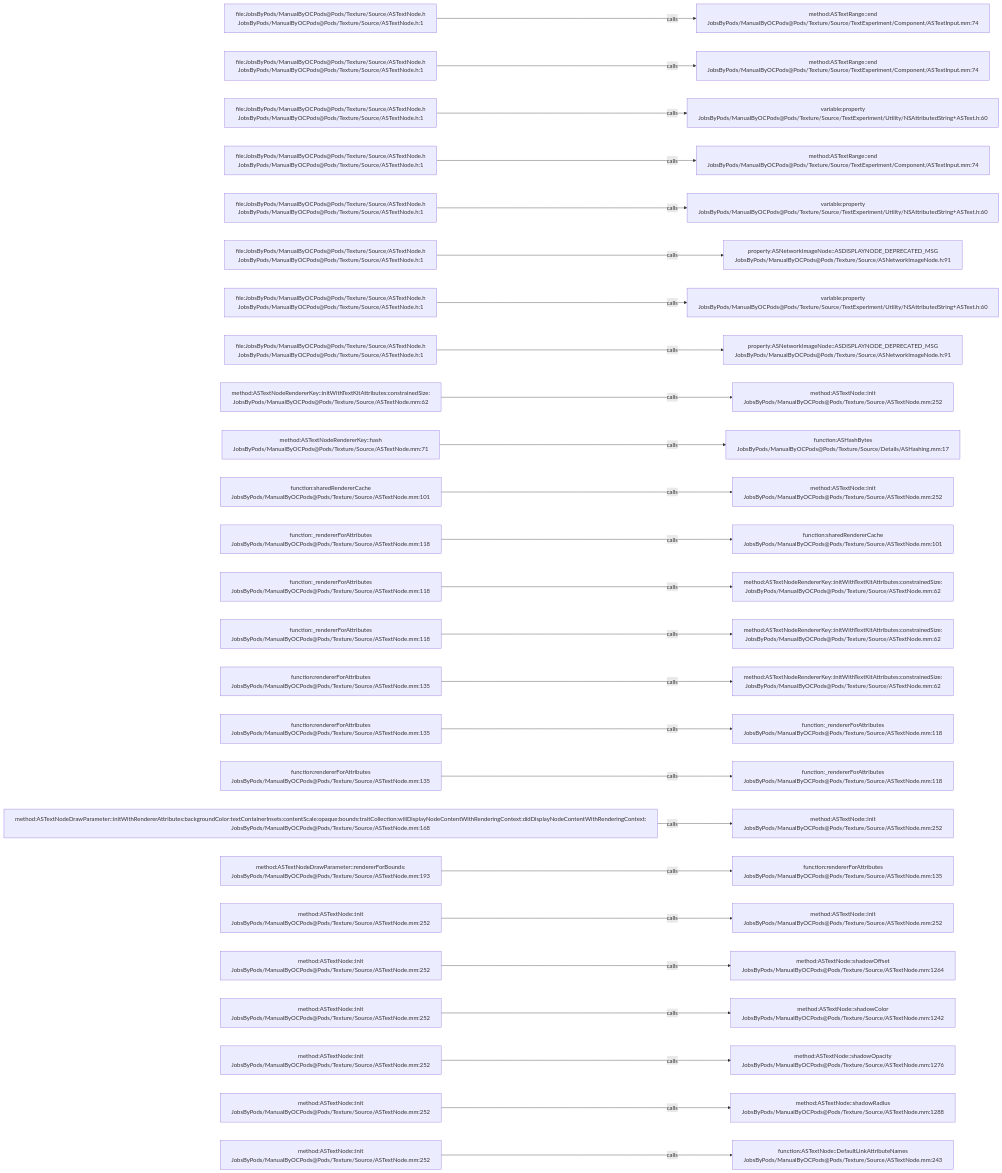
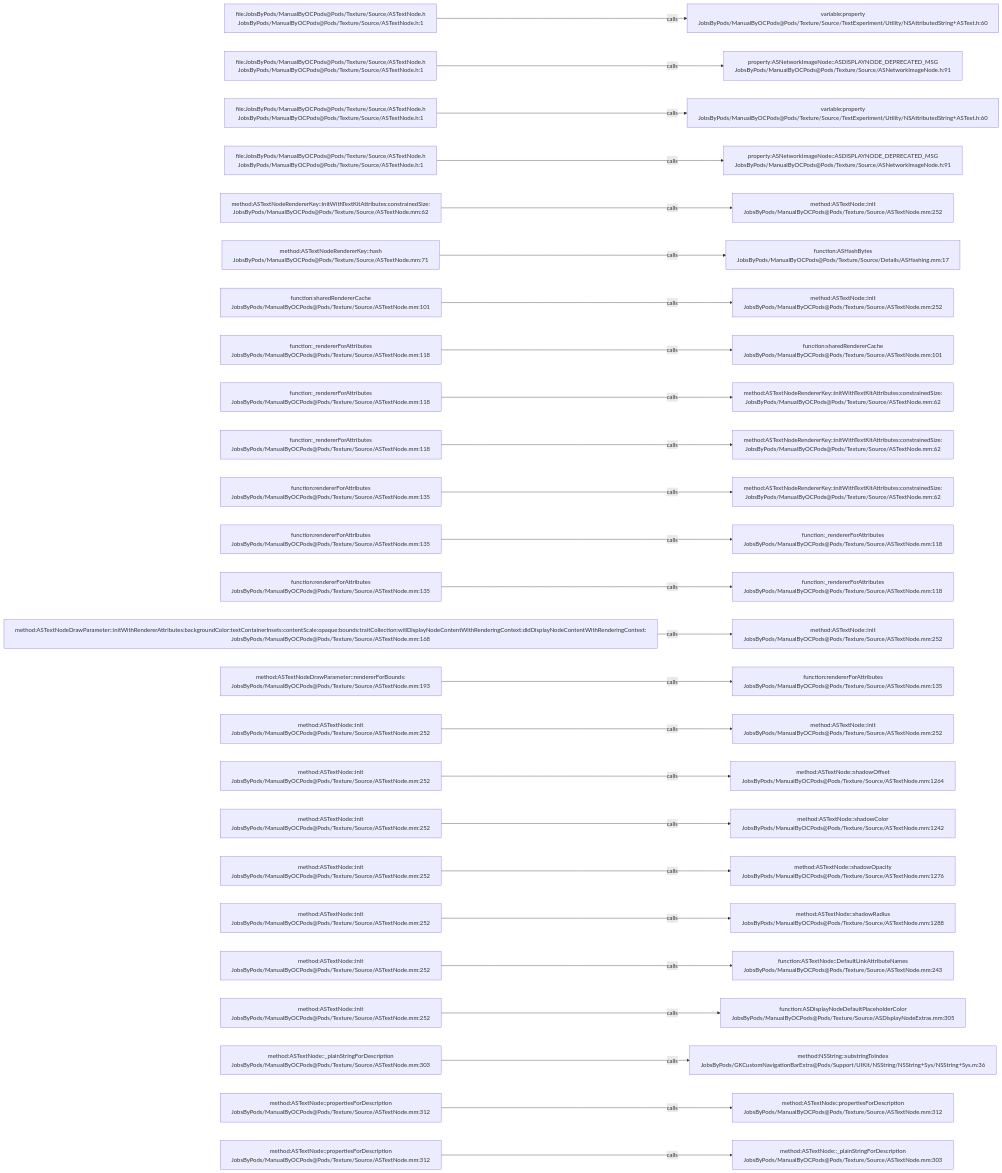
One commit to JobsKits/JobsOCBaseConfigDemo changed the diagram in .codegraph/codegraph.md/graphs/calls-131.md. Above: the diagram before and after it, drawn with Mermaid. The commit also changed 727 other files, not shown here.

````diff
--- a/.codegraph/codegraph.md/graphs/calls-131.md
+++ b/.codegraph/codegraph.md/graphs/calls-131.md
@@ -13,78 +13,78 @@
 ```mermaid
 flowchart LR
   S1["file:JobsByPods/ManualByOCPods@Pods/Texture/Source/ASTextNode.h<br/>JobsByPods/ManualByOCPods@Pods/Texture/Source/ASTextNode.h:1"]
-  T1["method:ASTextRange::end<br/>JobsByPods/ManualByOCPods@Pods/Texture/Source/TextExperiment/Component/ASTextInput.mm:74"]
+  T1["variable:property<br/>JobsByPods/ManualByOCPods@Pods/Texture/Source/TextExperiment/Utility/NSAttributedString+ASText.h:60"]
   S1 -->|calls| T1
   S2["file:JobsByPods/ManualByOCPods@Pods/Texture/Source/ASTextNode.h<br/>JobsByPods/ManualByOCPods@Pods/Texture/Source/ASTextNode.h:1"]
-  T2["method:ASTextRange::end<br/>JobsByPods/ManualByOCPods@Pods/Texture/Source/TextExperiment/Component/ASTextInput.mm:74"]
+  T2["property:ASNetworkImageNode::ASDISPLAYNODE_DEPRECATED_MSG<br/>JobsByPods/ManualByOCPods@Pods/Texture/Source/ASNetworkImageNode.h:91"]
   S2 -->|calls| T2
   S3["file:JobsByPods/ManualByOCPods@Pods/Texture/Source/ASTextNode.h<br/>JobsByPods/ManualByOCPods@Pods/Texture/Source/ASTextNode.h:1"]
   T3["variable:property<br/>JobsByPods/ManualByOCPods@Pods/Texture/Source/TextExperiment/Utility/NSAttributedString+ASText.h:60"]
   S3 -->|calls| T3
   S4["file:JobsByPods/ManualByOCPods@Pods/Texture/Source/ASTextNode.h<br/>JobsByPods/ManualByOCPods@Pods/Texture/Source/ASTextNode.h:1"]
-  T4["method:ASTextRange::end<br/>JobsByPods/ManualByOCPods@Pods/Texture/Source/TextExperiment/Component/ASTextInput.mm:74"]
+  T4["property:ASNetworkImageNode::ASDISPLAYNODE_DEPRECATED_MSG<br/>JobsByPods/ManualByOCPods@Pods/Texture/Source/ASNetworkImageNode.h:91"]
   S4 -->|calls| T4
-  S5["file:JobsByPods/ManualByOCPods@Pods/Texture/Source/ASTextNode.h<br/>JobsByPods/ManualByOCPods@Pods/Texture/Source/ASTextNode.h:1"]
-  T5["variable:property<br/>JobsByPods/ManualByOCPods@Pods/Texture/Source/TextExperiment/Utility/NSAttributedString+ASText.h:60"]
+  S5["method:ASTextNodeRendererKey::initWithTextKitAttributes:constrainedSize:<br/>JobsByPods/ManualByOCPods@Pods/Texture/Source/ASTextNode.mm:62"]
+  T5["method:ASTextNode::init<br/>JobsByPods/ManualByOCPods@Pods/Texture/Source/ASTextNode.mm:252"]
   S5 -->|calls| T5
-  S6["file:JobsByPods/ManualByOCPods@Pods/Texture/Source/ASTextNode.h<br/>JobsByPods/ManualByOCPods@Pods/Texture/Source/ASTextNode.h:1"]
-  T6["property:ASNetworkImageNode::ASDISPLAYNODE_DEPRECATED_MSG<br/>JobsByPods/ManualByOCPods@Pods/Texture/Source/ASNetworkImageNode.h:91"]
+  S6["method:ASTextNodeRendererKey::hash<br/>JobsByPods/ManualByOCPods@Pods/Texture/Source/ASTextNode.mm:71"]
+  T6["function:ASHashBytes<br/>JobsByPods/ManualByOCPods@Pods/Texture/Source/Details/ASHashing.mm:17"]
   S6 -->|calls| T6
-  S7["file:JobsByPods/ManualByOCPods@Pods/Texture/Source/ASTextNode.h<br/>JobsByPods/ManualByOCPods@Pods/Texture/Source/ASTextNode.h:1"]
-  T7["variable:property<br/>JobsByPods/ManualByOCPods@Pods/Texture/Source/TextExperiment/Utility/NSAttributedString+ASText.h:60"]
+  S7["function:sharedRendererCache<br/>JobsByPods/ManualByOCPods@Pods/Texture/Source/ASTextNode.mm:101"]
+  T7["method:ASTextNode::init<br/>JobsByPods/ManualByOCPods@Pods/Texture/Source/ASTextNode.mm:252"]
   S7 -->|calls| T7
-  S8["file:JobsByPods/ManualByOCPods@Pods/Texture/Source/ASTextNode.h<br/>JobsByPods/ManualByOCPods@Pods/Texture/Source/ASTextNode.h:1"]
-  T8["property:ASNetworkImageNode::ASDISPLAYNODE_DEPRECATED_MSG<br/>JobsByPods/ManualByOCPods@Pods/Texture/Source/ASNetworkImageNode.h:91"]
+  S8["function:_rendererForAttributes<br/>JobsByPods/ManualByOCPods@Pods/Texture/Source/ASTextNode.mm:118"]
+  T8["function:sharedRendererCache<br/>JobsByPods/ManualByOCPods@Pods/Texture/Source/ASTextNode.mm:101"]
   S8 -->|calls| T8
-  S9["method:ASTextNodeRendererKey::initWithTextKitAttributes:constrainedSize:<br/>JobsByPods/ManualByOCPods@Pods/Texture/Source/ASTextNode.mm:62"]
-  T9["method:ASTextNode::init<br/>JobsByPods/ManualByOCPods@Pods/Texture/Source/ASTextNode.mm:252"]
+  S9["function:_rendererForAttributes<br/>JobsByPods/ManualByOCPods@Pods/Texture/Source/ASTextNode.mm:118"]
+  T9["method:ASTextNodeRendererKey::initWithTextKitAttributes:constrainedSize:<br/>JobsByPods/ManualByOCPods@Pods/Texture/Source/ASTextNode.mm:62"]
   S9 -->|calls| T9
-  S10["method:ASTextNodeRendererKey::hash<br/>JobsByPods/ManualByOCPods@Pods/Texture/Source/ASTextNode.mm:71"]
-  T10["function:ASHashBytes<br/>JobsByPods/ManualByOCPods@Pods/Texture/Source/Details/ASHashing.mm:17"]
+  S10["function:_rendererForAttributes<br/>JobsByPods/ManualByOCPods@Pods/Texture/Source/ASTextNode.mm:118"]
+  T10["method:ASTextNodeRendererKey::initWithTextKitAttributes:constrainedSize:<br/>JobsByPods/ManualByOCPods@Pods/Texture/Source/ASTextNode.mm:62"]
   S10 -->|calls| T10
-  S11["function:sharedRendererCache<br/>JobsByPods/ManualByOCPods@Pods/Texture/Source/ASTextNode.mm:101"]
-  T11["method:ASTextNode::init<br/>JobsByPods/ManualByOCPods@Pods/Texture/Source/ASTextNode.mm:252"]
+  S11["function:rendererForAttributes<br/>JobsByPods/ManualByOCPods@Pods/Texture/Source/ASTextNode.mm:135"]
+  T11["method:ASTextNodeRendererKey::initWithTextKitAttributes:constrainedSize:<br/>JobsByPods/ManualByOCPods@Pods/Texture/Source/ASTextNode.mm:62"]
   S11 -->|calls| T11
-  S12["function:_rendererForAttributes<br/>JobsByPods/ManualByOCPods@Pods/Texture/Source/ASTextNode.mm:118"]
-  T12["function:sharedRendererCache<br/>JobsByPods/ManualByOCPods@Pods/Texture/Source/ASTextNode.mm:101"]
+  S12["function:rendererForAttributes<br/>JobsByPods/ManualByOCPods@Pods/Texture/Source/ASTextNode.mm:135"]
+  T12["function:_rendererForAttributes<br/>JobsByPods/ManualByOCPods@Pods/Texture/Source/ASTextNode.mm:118"]
   S12 -->|calls| T12
-  S13["function:_rendererForAttributes<br/>JobsByPods/ManualByOCPods@Pods/Texture/Source/ASTextNode.mm:118"]
-  T13["method:ASTextNodeRendererKey::initWithTextKitAttributes:constrainedSize:<br/>JobsByPods/ManualByOCPods@Pods/Texture/Source/ASTextNode.mm:62"]
+  S13["function:rendererForAttributes<br/>JobsByPods/ManualByOCPods@Pods/Texture/Source/ASTextNode.mm:135"]
+  T13["function:_rendererForAttributes<br/>JobsByPods/ManualByOCPods@Pods/Texture/Source/ASTextNode.mm:118"]
   S13 -->|calls| T13
-  S14["function:_rendererForAttributes<br/>JobsByPods/ManualByOCPods@Pods/Texture/Source/ASTextNode.mm:118"]
-  T14["method:ASTextNodeRendererKey::initWithTextKitAttributes:constrainedSize:<br/>JobsByPods/ManualByOCPods@Pods/Texture/Source/ASTextNode.mm:62"]
+  S14["method:ASTextNodeDrawParameter::initWithRendererAttributes:backgroundColor:textContainerInsets:contentScale:opaque:bounds:traitCollection:willDisplayNodeContentWithRenderingContext:didDisplayNodeContentWithRenderingContext:<br/>JobsByPods/ManualByOCPods@Pods/Texture/Source/ASTextNode.mm:168"]
+  T14["method:ASTextNode::init<br/>JobsByPods/ManualByOCPods@Pods/Texture/Source/ASTextNode.mm:252"]
   S14 -->|calls| T14
-  S15["function:rendererForAttributes<br/>JobsByPods/ManualByOCPods@Pods/Texture/Source/ASTextNode.mm:135"]
-  T15["method:ASTextNodeRendererKey::initWithTextKitAttributes:constrainedSize:<br/>JobsByPods/ManualByOCPods@Pods/Texture/Source/ASTextNode.mm:62"]
+  S15["method:ASTextNodeDrawParameter::rendererForBounds:<br/>JobsByPods/ManualByOCPods@Pods/Texture/Source/ASTextNode.mm:193"]
+  T15["function:rendererForAttributes<br/>JobsByPods/ManualByOCPods@Pods/Texture/Source/ASTextNode.mm:135"]
   S15 -->|calls| T15
-  S16["function:rendererForAttributes<br/>JobsByPods/ManualByOCPods@Pods/Texture/Source/ASTextNode.mm:135"]
-  T16["function:_rendererForAttributes<br/>JobsByPods/ManualByOCPods@Pods/Texture/Source/ASTextNode.mm:118"]
+  S16["method:ASTextNode::init<br/>JobsByPods/ManualByOCPods@Pods/Texture/Source/ASTextNode.mm:252"]
+  T16["method:ASTextNode::init<br/>JobsByPods/ManualByOCPods@Pods/Texture/Source/ASTextNode.mm:252"]
   S16 -->|calls| T16
-  S17["function:rendererForAttributes<br/>JobsByPods/ManualByOCPods@Pods/Texture/Source/ASTextNode.mm:135"]
-  T17["function:_rendererForAttributes<br/>JobsByPods/ManualByOCPods@Pods/Texture/Source/ASTextNode.mm:118"]
+  S17["method:ASTextNode::init<br/>JobsByPods/ManualByOCPods@Pods/Texture/Source/ASTextNode.mm:252"]
+  T17["method:ASTextNode::shadowOffset<br/>JobsByPods/ManualByOCPods@Pods/Texture/Source/ASTextNode.mm:1264"]
   S17 -->|calls| T17
-  S18["method:ASTextNodeDrawParameter::initWithRendererAttributes:backgroundColor:textContainerInsets:contentScale:opaque:bounds:traitCollection:willDisplayNodeContentWithRenderingContext:didDisplayNodeContentWithRenderingContext:<br/>JobsByPods/ManualByOCPods@Pods/Texture/Source/ASTextNode.mm:168"]
-  T18["method:ASTextNode::init<br/>JobsByPods/ManualByOCPods@Pods/Texture/Source/ASTextNode.mm:252"]
+  S18["method:ASTextNode::init<br/>JobsByPods/ManualByOCPods@Pods/Texture/Source/ASTextNode.mm:252"]
+  T18["method:ASTextNode::shadowColor<br/>JobsByPods/ManualByOCPods@Pods/Texture/Source/ASTextNode.mm:1242"]
   S18 -->|calls| T18
-  S19["method:ASTextNodeDrawParameter::rendererForBounds:<br/>JobsByPods/ManualByOCPods@Pods/Texture/Source/ASTextNode.mm:193"]
-  T19["function:rendererForAttributes<br/>JobsByPods/ManualByOCPods@Pods/Texture/Source/ASTextNode.mm:135"]
+  S19["method:ASTextNode::init<br/>JobsByPods/ManualByOCPods@Pods/Texture/Source/ASTextNode.mm:252"]
+  T19["method:ASTextNode::shadowOpacity<br/>JobsByPods/ManualByOCPods@Pods/Texture/Source/ASTextNode.mm:1276"]
   S19 -->|calls| T19
   S20["method:ASTextNode::init<br/>JobsByPods/ManualByOCPods@Pods/Texture/Source/ASTextNode.mm:252"]
-  T20["method:ASTextNode::init<br/>JobsByPods/ManualByOCPods@Pods/Texture/Source/ASTextNode.mm:252"]
+  T20["method:ASTextNode::shadowRadius<br/>JobsByPods/ManualByOCPods@Pods/Texture/Source/ASTextNode.mm:1288"]
   S20 -->|calls| T20
   S21["method:ASTextNode::init<br/>JobsByPods/ManualByOCPods@Pods/Texture/Source/ASTextNode.mm:252"]
-  T21["method:ASTextNode::shadowOffset<br/>JobsByPods/ManualByOCPods@Pods/Texture/Source/ASTextNode.mm:1264"]
+  T21["function:ASTextNode::DefaultLinkAttributeNames<br/>JobsByPods/ManualByOCPods@Pods/Texture/Source/ASTextNode.mm:243"]
   S21 -->|calls| T21
   S22["method:ASTextNode::init<br/>JobsByPods/ManualByOCPods@Pods/Texture/Source/ASTextNode.mm:252"]
-  T22["method:ASTextNode::shadowColor<br/>JobsByPods/ManualByOCPods@Pods/Texture/Source/ASTextNode.mm:1242"]
+  T22["function:ASDisplayNodeDefaultPlaceholderColor<br/>JobsByPods/ManualByOCPods@Pods/Texture/Source/ASDisplayNodeExtras.mm:305"]
   S22 -->|calls| T22
-  S23["method:ASTextNode::init<br/>JobsByPods/ManualByOCPods@Pods/Texture/Source/ASTextNode.mm:252"]
-  T23["method:ASTextNode::shadowOpacity<br/>JobsByPods/ManualByOCPods@Pods/Texture/Source/ASTextNode.mm:1276"]
+  S23["method:ASTextNode::_plainStringForDescription<br/>JobsByPods/ManualByOCPods@Pods/Texture/Source/ASTextNode.mm:303"]
+  T23["method:NSString::substringToIndex<br/>JobsByPods/GKCustomNavigationBarExtra@Pods/Support/UIKit/NSString/NSString+Sys/NSString+Sys.m:36"]
   S23 -->|calls| T23
-  S24["method:ASTextNode::init<br/>JobsByPods/ManualByOCPods@Pods/Texture/Source/ASTextNode.mm:252"]
-  T24["method:ASTextNode::shadowRadius<br/>JobsByPods/ManualByOCPods@Pods/Texture/Source/ASTextNode.mm:1288"]
+  S24["method:ASTextNode::propertiesForDescription<br/>JobsByPods/ManualByOCPods@Pods/Texture/Source/ASTextNode.mm:312"]
+  T24["method:ASTextNode::propertiesForDescription<br/>JobsByPods/ManualByOCPods@Pods/Texture/Source/ASTextNode.mm:312"]
   S24 -->|calls| T24
-  S25["method:ASTextNode::init<br/>JobsByPods/ManualByOCPods@Pods/Texture/Source/ASTextNode.mm:252"]
-  T25["function:ASTextNode::DefaultLinkAttributeNames<br/>JobsByPods/ManualByOCPods@Pods/Texture/Source/ASTextNode.mm:243"]
+  S25["method:ASTextNode::propertiesForDescription<br/>JobsByPods/ManualByOCPods@Pods/Texture/Source/ASTextNode.mm:312"]
+  T25["method:ASTextNode::_plainStringForDescription<br/>JobsByPods/ManualByOCPods@Pods/Texture/Source/ASTextNode.mm:303"]
   S25 -->|calls| T25
 ```
````
